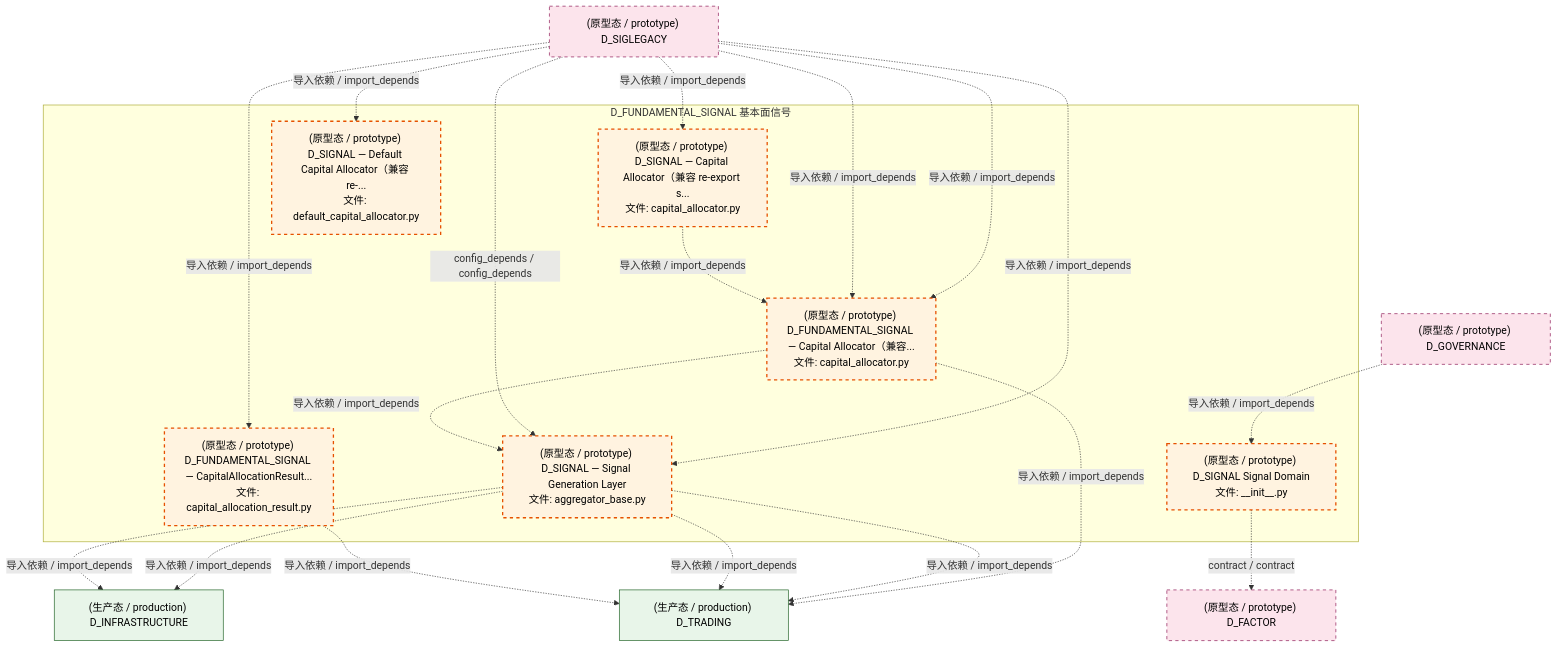
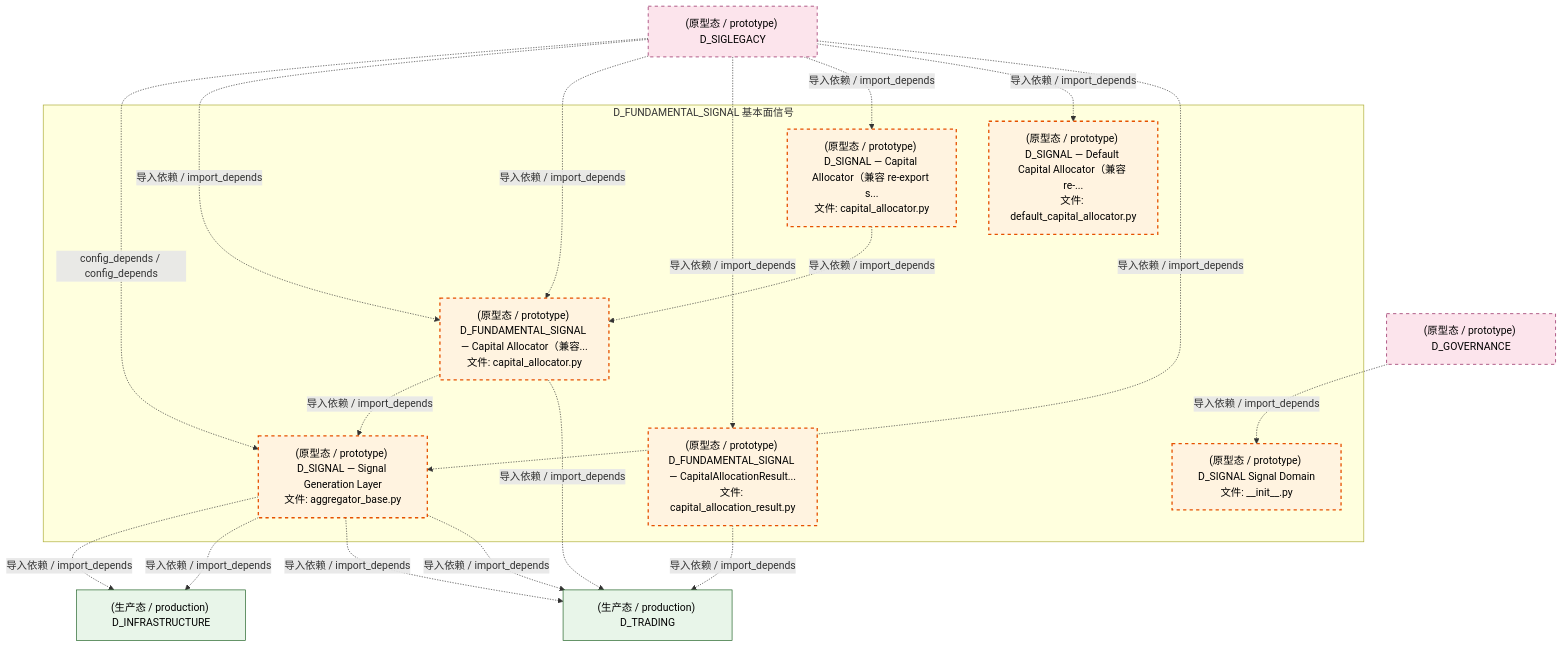
Before and after one commit to xuanFelixVan/ZephyrAlpha: the third of 4 diagrams in docs/02_enterprise_architecture/02_domain_architecture_docs/37_d_fundamental_signal.md, drawn with Mermaid. The commit also changed other lines of this file and 126 other files, not shown here.

````diff
--- a/docs/02_enterprise_architecture/02_domain_architecture_docs/37_d_fundamental_signal.md
+++ b/docs/02_enterprise_architecture/02_domain_architecture_docs/37_d_fundamental_signal.md
@@ -197,40 +197,38 @@
 ```mermaid
 graph TD
     subgraph D_FUNDAMENTAL_SIGNAL["D_FUNDAMENTAL_SIGNAL 基本面信号"]
         src_zephyr_signal_fundamental_init_py["(原型态 / prototype) D_SIGNAL Signal Domain<br/>文件: __init__.py"]
         src_zephyr_signal_fundamental_capital_capital_allocation_result_py["(原型态 / prototype) D_FUNDAMENTAL_SIGNAL — CapitalAllocationResult...<br/>文件: capital_allocation_result.py"]
         src_zephyr_signal_fundamental_capital_capital_allocator_py["(原型态 / prototype) D_SIGNAL — Capital Allocator（兼容 re-export s...<br/>文件: capital_allocator.py"]
         src_zephyr_signal_fundamental_capital_default_capital_allocator_py["(原型态 / prototype) D_SIGNAL — Default Capital Allocator（兼容 re-...<br/>文件: default_capital_allocator.py"]
         src_zephyr_signal_fundamental_gen_aggregator_base_py["(原型态 / prototype) D_SIGNAL — Signal Generation Layer<br/>文件: aggregator_base.py"]
         src_zephyr_signal_fundamental_strategy_capital_allocator_py["(原型态 / prototype) D_FUNDAMENTAL_SIGNAL — Capital Allocator（兼容...<br/>文件: capital_allocator.py"]
     end
     src_zephyr_signal_fundamental_capital_capital_allocator_py -.->|导入依赖 / import_depends| src_zephyr_signal_fundamental_strategy_capital_allocator_py
     src_zephyr_signal_fundamental_strategy_capital_allocator_py -.->|导入依赖 / import_depends| src_zephyr_signal_fundamental_gen_aggregator_base_py
-    D_FACTOR["(原型态 / prototype) D_FACTOR"]
-    src_zephyr_signal_fundamental_init_py -.->|contract / contract| D_FACTOR
     D_TRADING["(生产态 / production) D_TRADING"]
     src_zephyr_signal_fundamental_capital_capital_allocation_result_py -.->|导入依赖 / import_depends| D_TRADING
     D_INFRASTRUCTURE["(生产态 / production) D_INFRASTRUCTURE"]
     src_zephyr_signal_fundamental_gen_aggregator_base_py -.->|导入依赖 / import_depends| D_INFRASTRUCTURE
     src_zephyr_signal_fundamental_gen_aggregator_base_py -.->|导入依赖 / import_depends| D_INFRASTRUCTURE
     src_zephyr_signal_fundamental_gen_aggregator_base_py -.->|导入依赖 / import_depends| D_TRADING
     src_zephyr_signal_fundamental_gen_aggregator_base_py -.->|导入依赖 / import_depends| D_TRADING
     src_zephyr_signal_fundamental_strategy_capital_allocator_py -.->|导入依赖 / import_depends| D_TRADING
     D_SIGLEGACY["(原型态 / prototype) D_SIGLEGACY"]
+    D_SIGLEGACY -.->|config_depends / config_depends| src_zephyr_signal_fundamental_gen_aggregator_base_py
     D_SIGLEGACY -.->|导入依赖 / import_depends| src_zephyr_signal_fundamental_strategy_capital_allocator_py
-    D_SIGLEGACY -.->|config_depends / config_depends| src_zephyr_signal_fundamental_gen_aggregator_base_py
     D_SIGLEGACY -.->|导入依赖 / import_depends| src_zephyr_signal_fundamental_strategy_capital_allocator_py
     D_SIGLEGACY -.->|导入依赖 / import_depends| src_zephyr_signal_fundamental_capital_capital_allocation_result_py
     D_SIGLEGACY -.->|导入依赖 / import_depends| src_zephyr_signal_fundamental_capital_capital_allocator_py
     D_SIGLEGACY -.->|导入依赖 / import_depends| src_zephyr_signal_fundamental_capital_default_capital_allocator_py
     D_GOVERNANCE["(原型态 / prototype) D_GOVERNANCE"]
     D_GOVERNANCE -.->|导入依赖 / import_depends| src_zephyr_signal_fundamental_init_py
     D_SIGLEGACY -.->|导入依赖 / import_depends| src_zephyr_signal_fundamental_gen_aggregator_base_py
     classDef production fill:#e1f5fe,stroke:#01579b,stroke-width:2px,color:#000
     classDef design fill:#fff3e0,stroke:#e65100,stroke-width:2px,color:#000,stroke-dasharray: 5 5
     classDef external_prod fill:#e8f5e9,stroke:#1b5e20,stroke-width:1px,color:#000
     classDef external_design fill:#fce4ec,stroke:#880e4f,stroke-width:1px,color:#000,stroke-dasharray: 5 5
     class src_zephyr_signal_fundamental_init_py,src_zephyr_signal_fundamental_capital_capital_allocation_result_py,src_zephyr_signal_fundamental_capital_capital_allocator_py,src_zephyr_signal_fundamental_capital_default_capital_allocator_py,src_zephyr_signal_fundamental_gen_aggregator_base_py,src_zephyr_signal_fundamental_strategy_capital_allocator_py design
     class D_TRADING,D_INFRASTRUCTURE external_prod
-    class D_FACTOR,D_SIGLEGACY,D_GOVERNANCE external_design
+    class D_SIGLEGACY,D_GOVERNANCE external_design
 ```
````
